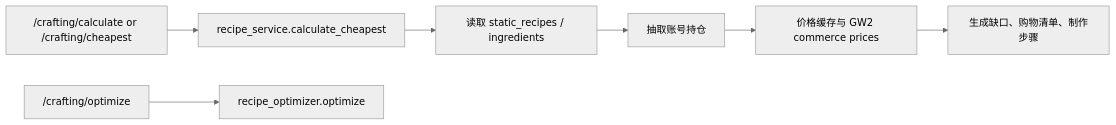
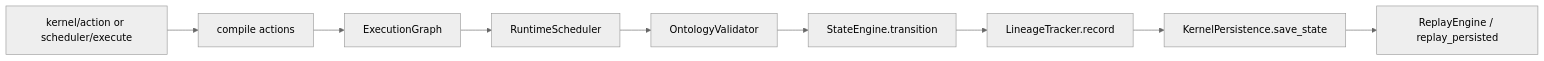
The third of 3 diagrams in docs/architecture-code-graph-analysis.md (NeilXinpengLi/gw2-progression), drawn with Mermaid (neutral theme) before and after one commit. The commit also changed other lines of this file and 2 other files, not shown here.

Commit message:
Update code graph maturity analysis

````diff
--- a/docs/architecture-code-graph-analysis.md
+++ b/docs/architecture-code-graph-analysis.md
@@ -162,9 +181,11 @@
 ```mermaid
 flowchart LR
-    A["/crafting/calculate or /crafting/cheapest"] --> B["recipe_service.calculate_cheapest"]
-    B --> C["读取 static_recipes / ingredients"]
-    C --> D["抽取账号持仓"]
-    D --> E["价格缓存与 GW2 commerce prices"]
-    E --> F["生成缺口、购物清单、制作步骤"]
-    A2["/crafting/optimize"] --> G["recipe_optimizer.optimize"]
+    A["kernel/action or scheduler/execute"] --> B["compile actions"]
+    B --> C["ExecutionGraph"]
+    C --> D["RuntimeScheduler"]
+    D --> E["OntologyValidator"]
+    E --> F["StateEngine.transition"]
+    F --> G["LineageTracker.record"]
+    G --> H["KernelPersistence.save_state"]
+    H --> I["ReplayEngine / replay_persisted"]
 ```
````
